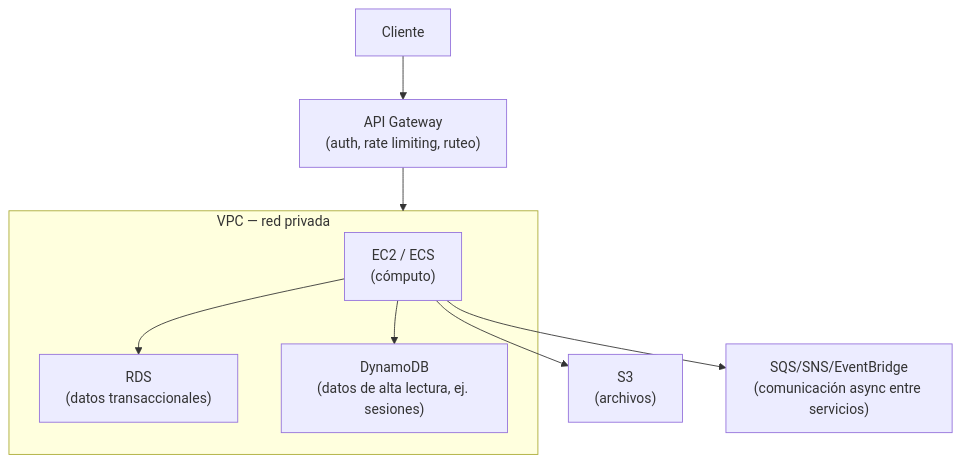
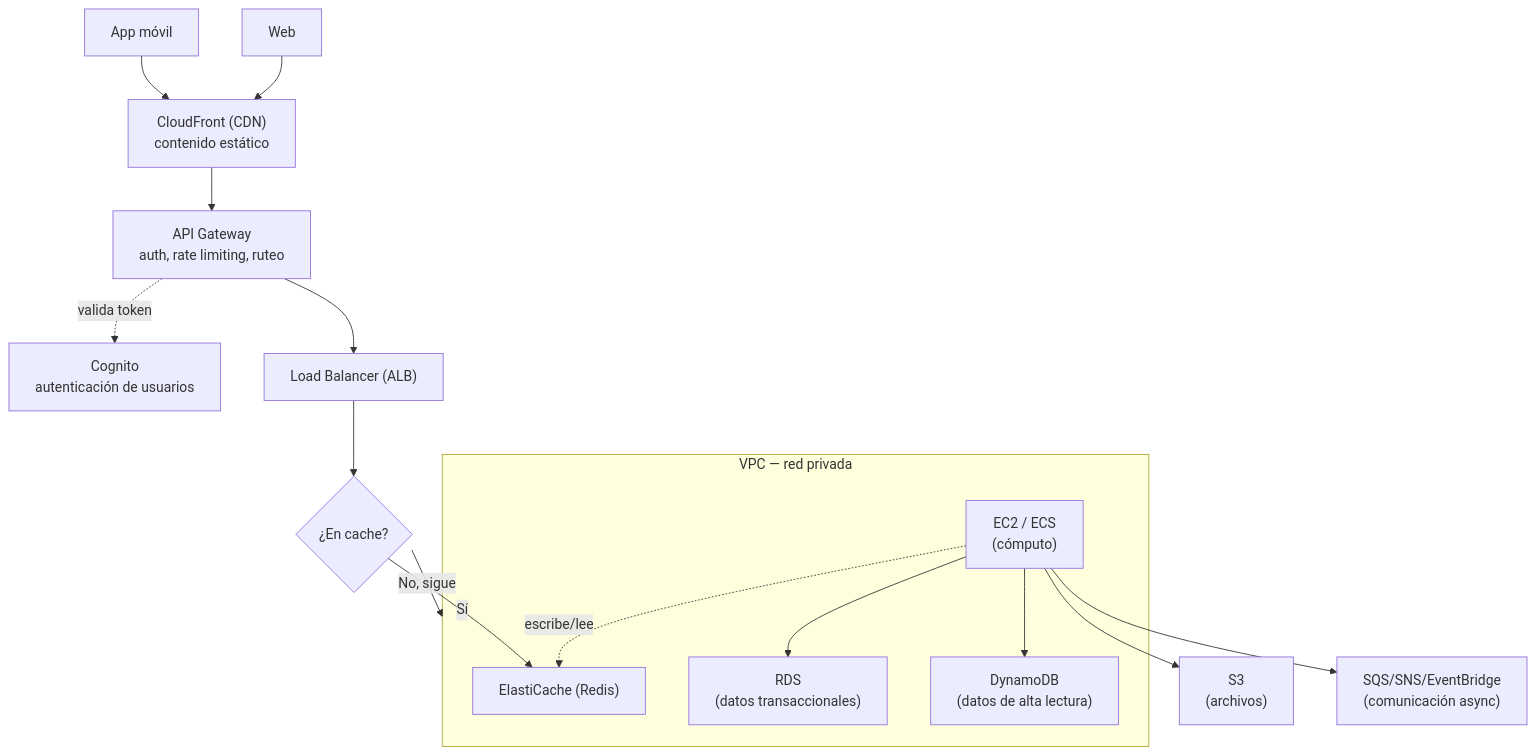
Before and after one commit to edzamo/software-engineering: the second of 3 diagrams in cloud-aws/README.md, drawn with Mermaid. The commit also changed other lines of this file and 2 other files, not shown here.

Commit message:
Enhance AWS documentation with detailed service architecture layers and clarify service roles

````diff
--- a/cloud-aws/README.md
+++ b/cloud-aws/README.md
@@ -36,16 +62,23 @@
 ```mermaid
 flowchart TB
-    Client["Cliente"] --> APIGW["API Gateway<br/>(auth, rate limiting, ruteo)"]
-    APIGW --> VPC
+    Mobile["App móvil"] --> CDN
+    Web["Web"] --> CDN
+    CDN["CloudFront (CDN)<br/>contenido estático"] --> APIGW["API Gateway<br/>auth, rate limiting, ruteo"]
+    APIGW -.valida token.-> Cognito["Cognito<br/>autenticación de usuarios"]
+    APIGW --> ALB["Load Balancer (ALB)"]
+    ALB --> Cache{"¿En cache?"}
+    Cache -- "Sí" --> Redis["ElastiCache (Redis)"]
+    Cache -- "No, sigue" --> VPC
 
     subgraph VPC[" VPC — red privada "]
         Compute["EC2 / ECS<br/>(cómputo)"]
         RDS["RDS<br/>(datos transaccionales)"]
-        Dynamo["DynamoDB<br/>(datos de alta lectura, ej. sesiones)"]
+        Dynamo["DynamoDB<br/>(datos de alta lectura)"]
         Compute --> RDS
         Compute --> Dynamo
+        Compute -.escribe/lee.-> Redis
     end
 
     Compute --> S3["S3<br/>(archivos)"]
-    Compute --> SQS["SQS/SNS/EventBridge<br/>(comunicación async entre servicios)"]
+    Compute --> SQS["SQS/SNS/EventBridge<br/>(comunicación async)"]
 ```
````
